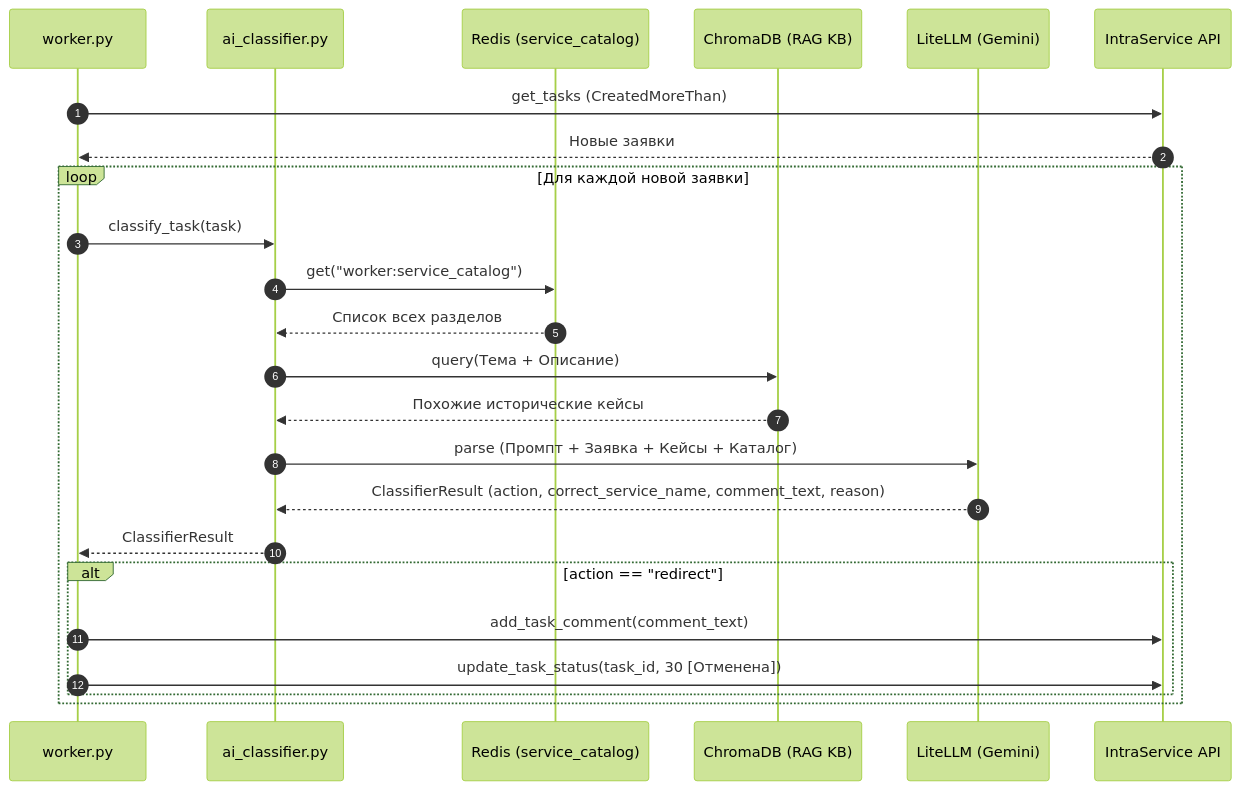
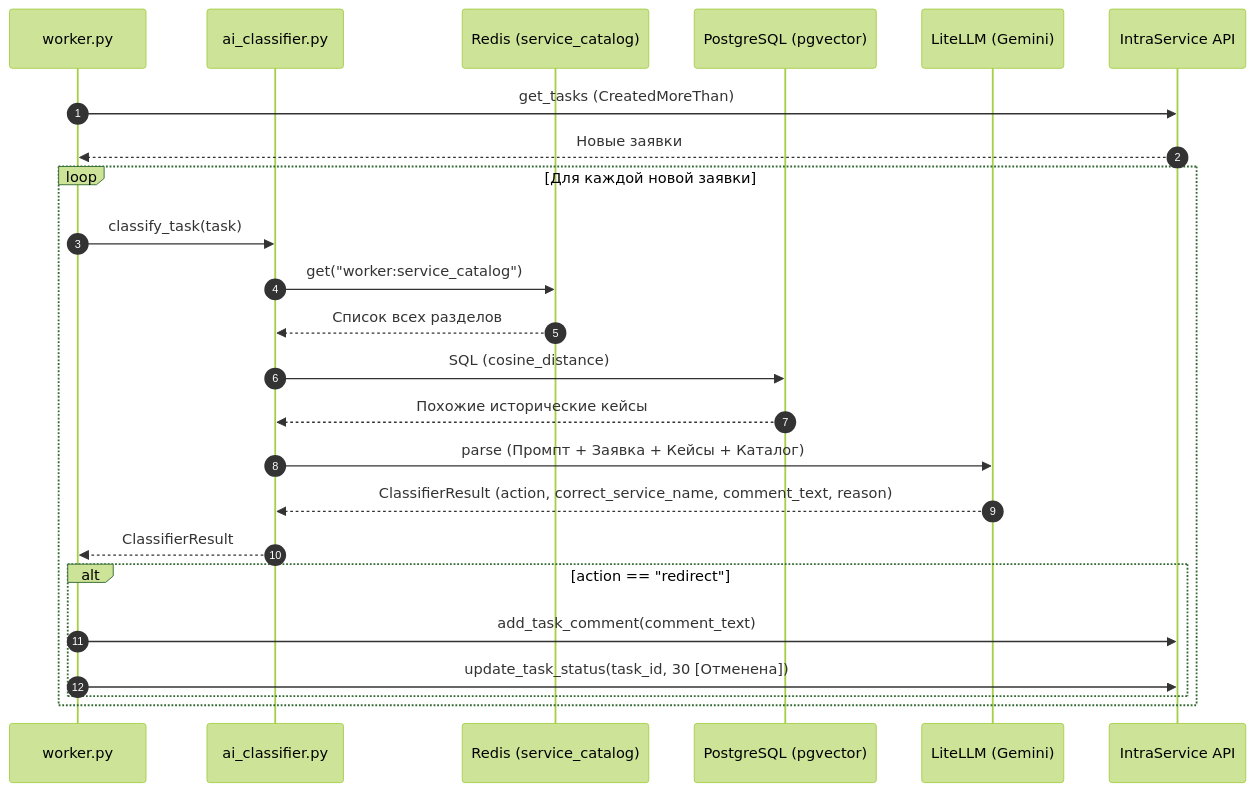
The sixth of 6 diagrams in docs/architecture.md (Unlesssebl/IntraLink), drawn with Mermaid (forest theme) before and after one commit. The commit also changed other lines of this file and 19 other files, not shown here.

Commit message:
feat: integrate pgvector and optimize RAG classifier accuracy

````diff
--- a/docs/architecture.md
+++ b/docs/architecture.md
@@ -348,27 +347,27 @@
 ```mermaid
 sequenceDiagram
     autonumber
     participant Work as worker.py
     participant AIC as ai_classifier.py
     participant Redis as Redis (service_catalog)
-    participant Chroma as ChromaDB (RAG KB)
+    participant PG as PostgreSQL (pgvector)
     participant LiteLLM as LiteLLM (Gemini)
     participant IS as IntraService API
 
     Work->>IS: get_tasks (CreatedMoreThan)
     IS-->>Work: Новые заявки
     loop Для каждой новой заявки
         Work->>AIC: classify_task(task)
         AIC->>Redis: get("worker:service_catalog")
         Redis-->>AIC: Список всех разделов
-        AIC->>Chroma: query(Тема + Описание)
-        Chroma-->>AIC: Похожие исторические кейсы
+        AIC->>PG: SQL (cosine_distance)
+        PG-->>AIC: Похожие исторические кейсы
         AIC->>LiteLLM: parse (Промпт + Заявка + Кейсы + Каталог)
         LiteLLM-->>AIC: ClassifierResult (action, correct_service_name, comment_text, reason)
         AIC-->>Work: ClassifierResult
         alt action == "redirect"
             Work->>IS: add_task_comment(comment_text)
             Work->>IS: update_task_status(task_id, 30 [Отменена])
         end
     end
 ```
````
